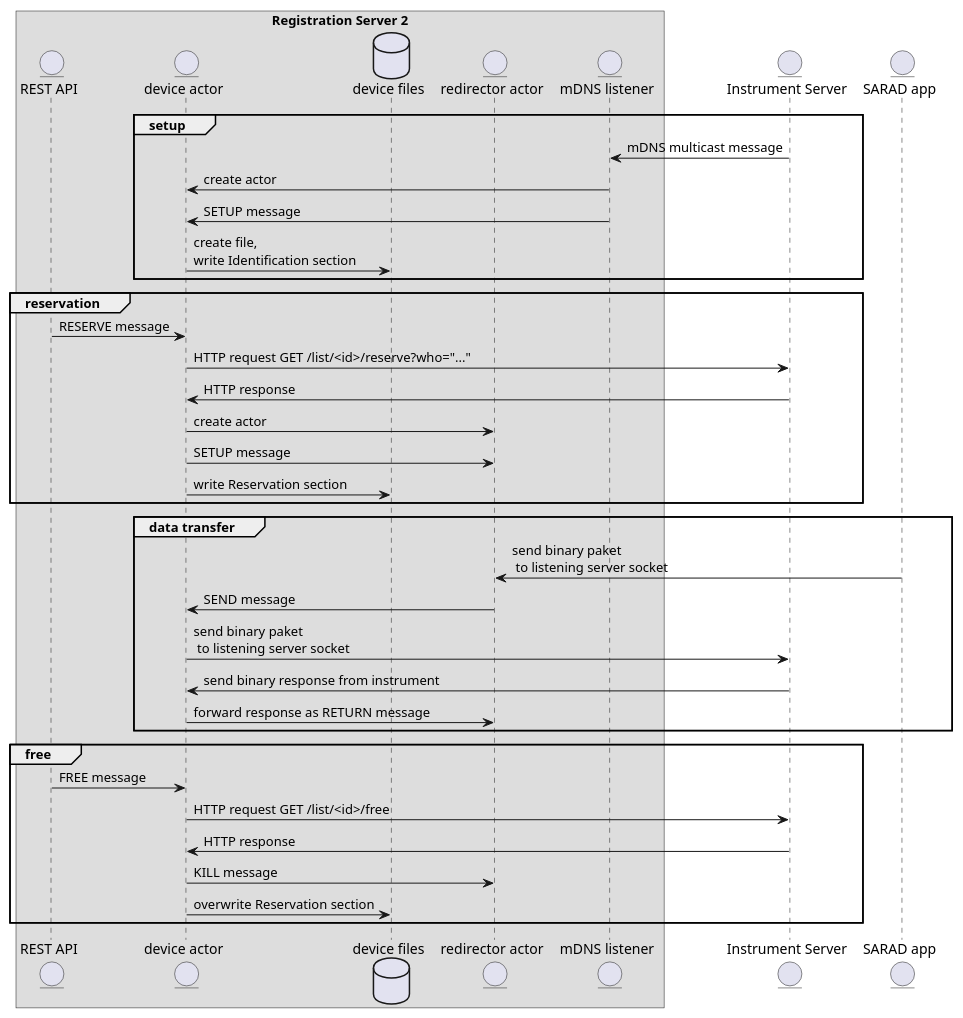
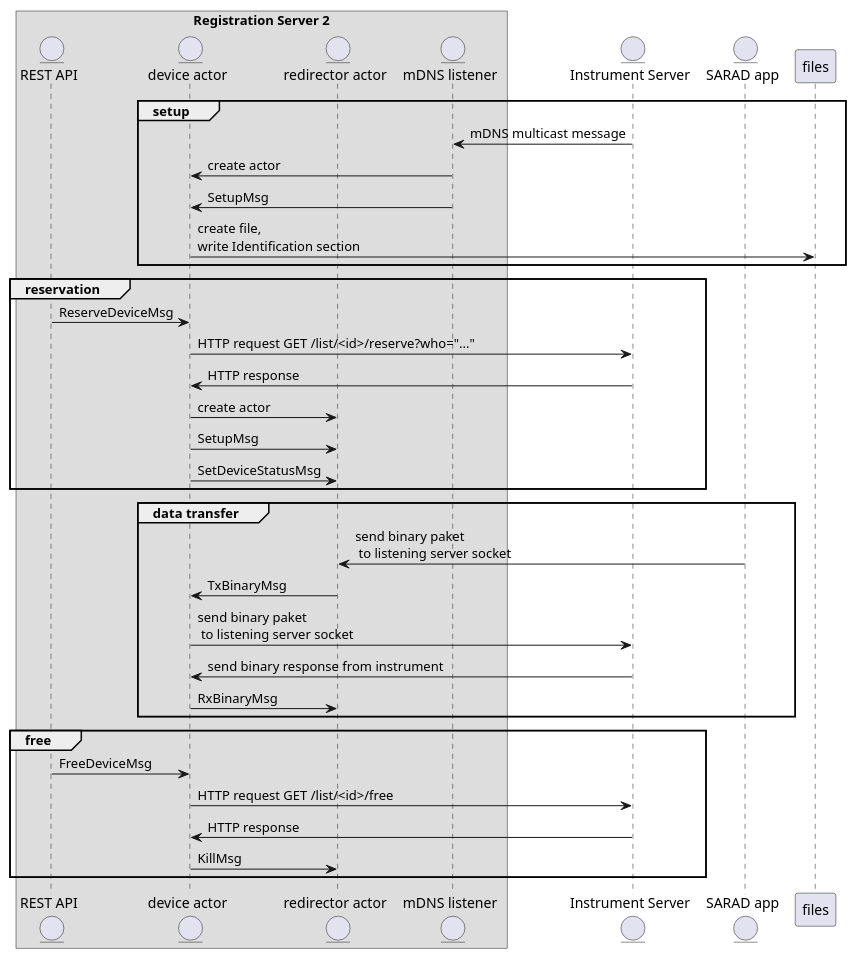
The diagram in doc/source/uml-rfc2217_actor.puml (SARAD-GmbH/RegServer), drawn with PlantUML before and after one commit. The commit also changed 17 other files, not shown here.

```diff
--- a/doc/source/uml-rfc2217_actor.puml
+++ b/doc/source/uml-rfc2217_actor.puml
@@ -1,40 +1,38 @@
 @startuml
 box "Registration Server 2"
 	      entity "REST API" as api
 	      entity "device actor" as deviceactor
-        database "device files" as files
         entity "redirector actor" as redirector
         entity "mDNS listener" as listener
 end box
 entity "Instrument Server" as is
 entity "SARAD app" as app
 
 group setup
         is -> listener: mDNS multicast message
         listener -> deviceactor: create actor
-        listener -> deviceactor: SETUP message
+        listener -> deviceactor: SetupMsg
         deviceactor -> files: create file,\nwrite Identification section
 end
 group reservation
-	      api -> deviceactor: RESERVE message
+	      api -> deviceactor: ReserveDeviceMsg
         deviceactor -> is: HTTP request GET /list/<id>/reserve?who="..."
         is -> deviceactor: HTTP response
         deviceactor -> redirector: create actor
-        deviceactor -> redirector: SETUP message
-        deviceactor -> files: write Reservation section
+        deviceactor -> redirector: SetupMsg
+        deviceactor -> redirector: SetDeviceStatusMsg
 end
 group data transfer
 	      app -> redirector: send binary paket\n to listening server socket
-        redirector -> deviceactor: SEND message
+        redirector -> deviceactor: TxBinaryMsg
         deviceactor -> is: send binary paket\n to listening server socket
         is -> deviceactor: send binary response from instrument
-        deviceactor -> redirector: forward response as RETURN message
+        deviceactor -> redirector: RxBinaryMsg
 end
 group free
-	      api -> deviceactor: FREE message
+	      api -> deviceactor: FreeDeviceMsg
         deviceactor -> is: HTTP request GET /list/<id>/free
         is -> deviceactor: HTTP response
-        deviceactor -> redirector: KILL message
-        deviceactor -> files: overwrite Reservation section
+        deviceactor -> redirector: KillMsg
 end
 @enduml
```
